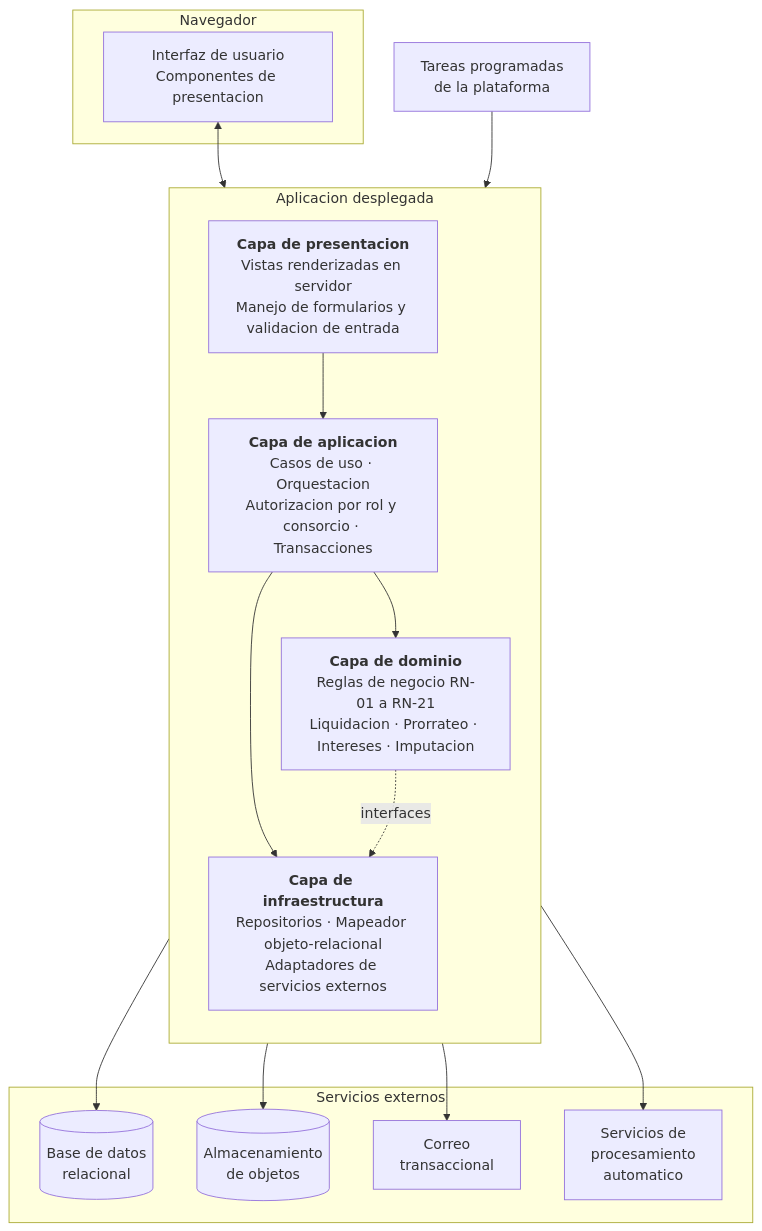
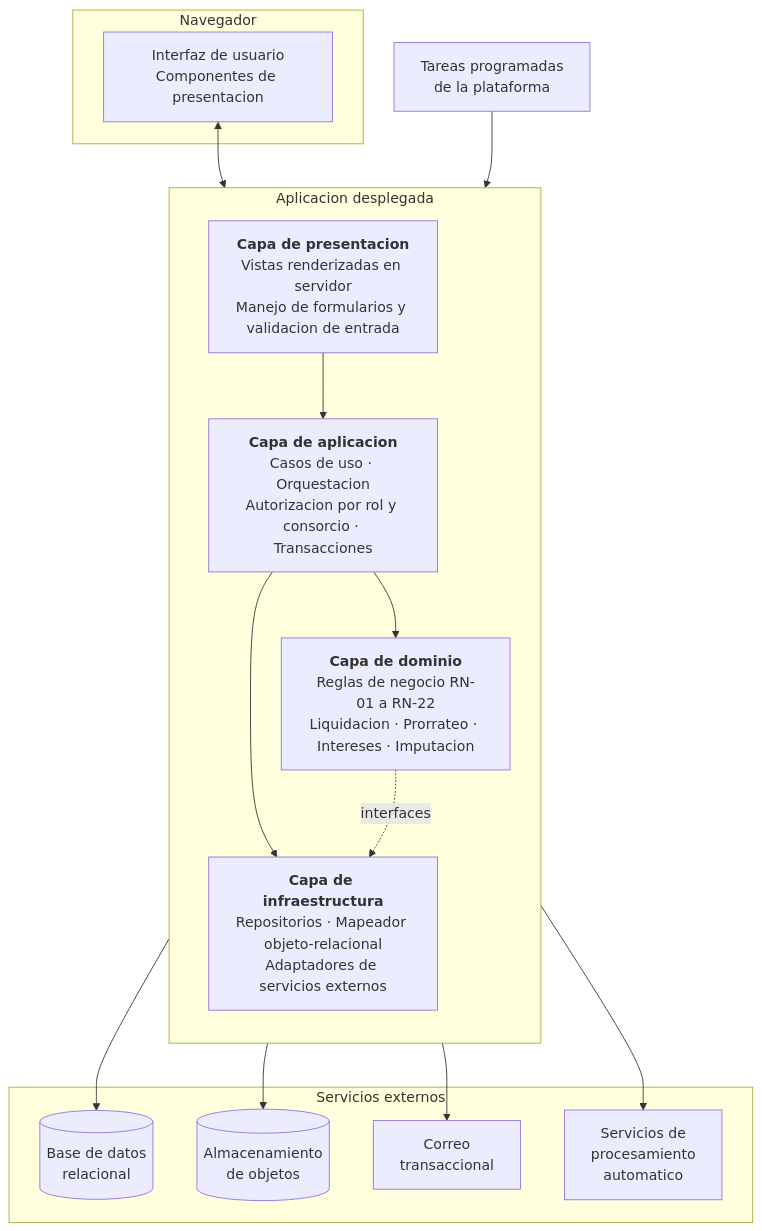
The first of 8 diagrams in docs/entrega-3/12-diseno.md (Marchee72/flay-proyecto-final), drawn with Mermaid before and after one commit. The commit also changed other lines of this file and 3 other files, not shown here.

````diff
--- a/docs/entrega-3/12-diseno.md
+++ b/docs/entrega-3/12-diseno.md
@@ -18,32 +18,32 @@
 ```mermaid
 flowchart TD
     subgraph CLIENTE["Navegador"]
         UI["Interfaz de usuario<br/>Componentes de presentacion"]
     end
 
     subgraph SERVIDOR["Aplicacion desplegada"]
         direction TB
         PRES["<b>Capa de presentacion</b><br/>Vistas renderizadas en servidor<br/>Manejo de formularios y validacion de entrada"]
         APP["<b>Capa de aplicacion</b><br/>Casos de uso · Orquestacion<br/>Autorizacion por rol y consorcio · Transacciones"]
-        DOM["<b>Capa de dominio</b><br/>Reglas de negocio RN-01 a RN-21<br/>Liquidacion · Prorrateo · Intereses · Imputacion"]
+        DOM["<b>Capa de dominio</b><br/>Reglas de negocio RN-01 a RN-22<br/>Liquidacion · Prorrateo · Intereses · Imputacion"]
         INFRA["<b>Capa de infraestructura</b><br/>Repositorios · Mapeador objeto-relacional<br/>Adaptadores de servicios externos"]
         PRES --> APP --> DOM
         APP --> INFRA
         DOM -.->|"interfaces"| INFRA
     end
 
     subgraph EXTERNOS["Servicios externos"]
         DB[("Base de datos<br/>relacional")]
         BLOB[("Almacenamiento<br/>de objetos")]
         MAIL["Correo<br/>transaccional"]
         IA["Servicios de<br/>procesamiento<br/>automatico"]
     end
 
     UI <--> PRES
     INFRA --> DB
     INFRA --> BLOB
     INFRA --> MAIL
     INFRA --> IA
 
     CRON["Tareas programadas<br/>de la plataforma"] --> APP
 ```
````
